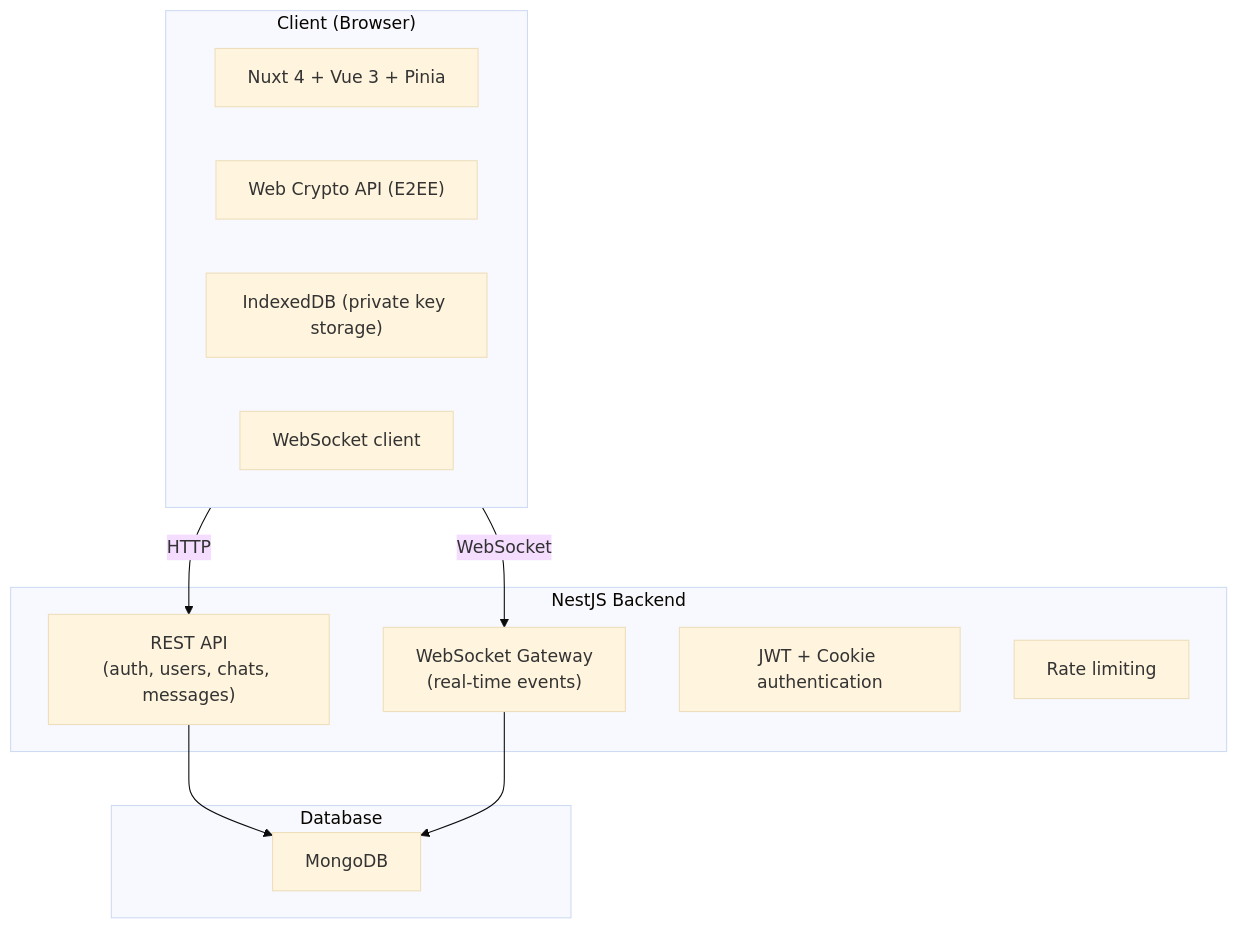
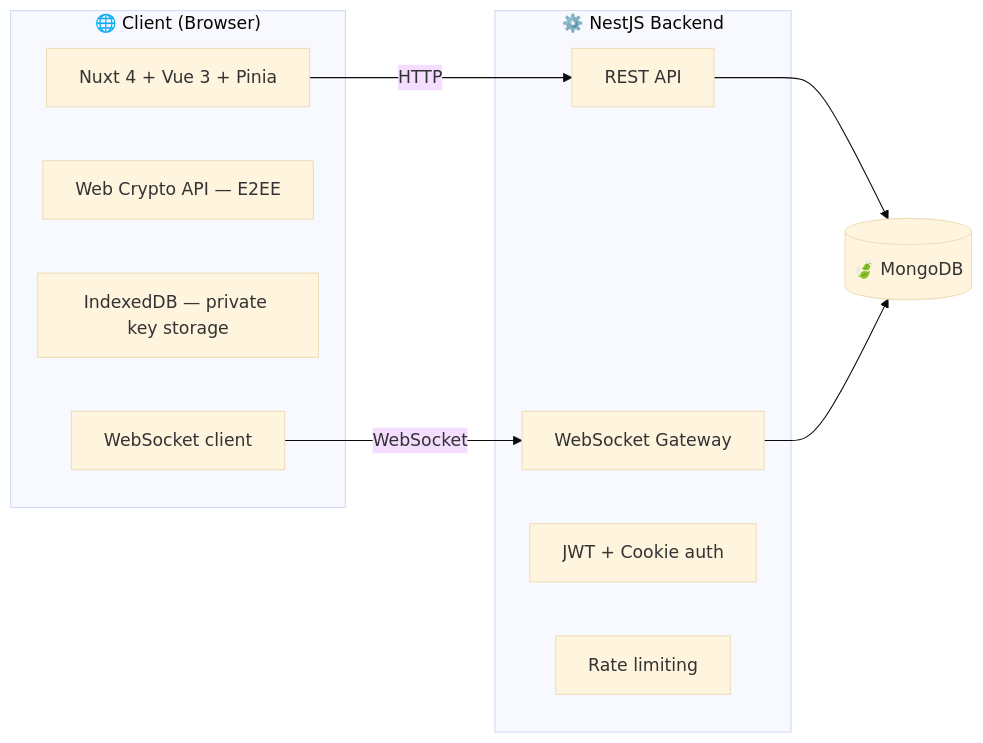
Before and after one commit to vortizz/whatsapp: the diagram in README.md, drawn with Mermaid (base theme).

Commit message:
better architecture diagram

````diff
--- a/README.md
+++ b/README.md
@@ -126,25 +126,23 @@
 ```mermaid
-graph TD
-    subgraph Client["Client (Browser)"]
+graph LR
+    subgraph Client["🌐 Client (Browser)"]
         UI["Nuxt 4 + Vue 3 + Pinia"]
-        CRYPTO["Web Crypto API (E2EE)"]
-        IDB["IndexedDB (private key storage)"]
+        CRYPTO["Web Crypto API — E2EE"]
+        IDB["IndexedDB — private key storage"]
         WS_CLIENT["WebSocket client"]
     end
 
-    subgraph Backend["NestJS Backend"]
-        REST["REST API\n(auth, users, chats, messages)"]
-        WS_GATEWAY["WebSocket Gateway\n(real-time events)"]
-        AUTH["JWT + Cookie authentication"]
+    subgraph Backend["⚙️ NestJS Backend"]
+        REST["REST API"]
+        WS_GATEWAY["WebSocket Gateway"]
+        AUTH["JWT + Cookie auth"]
         RATE["Rate limiting"]
     end
 
-    subgraph DB["Database"]
-        MONGO["MongoDB"]
-    end
+    MONGO[("🍃 MongoDB")]
 
-    Client -->|"HTTP"| REST
-    Client -->|"WebSocket"| WS_GATEWAY
+    UI -->|HTTP| REST
+    WS_CLIENT -->|WebSocket| WS_GATEWAY
     REST --> MONGO
     WS_GATEWAY --> MONGO
 ```
````
